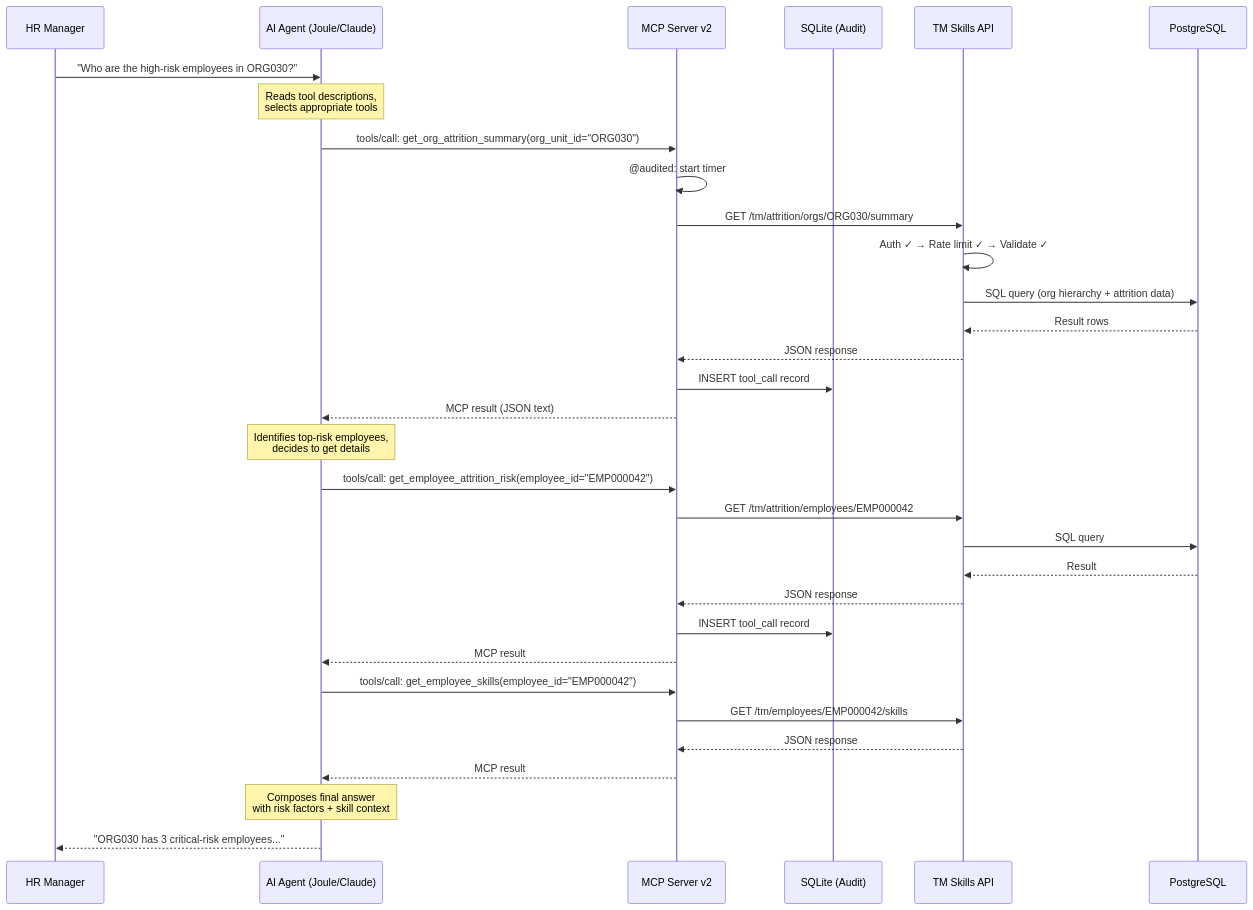
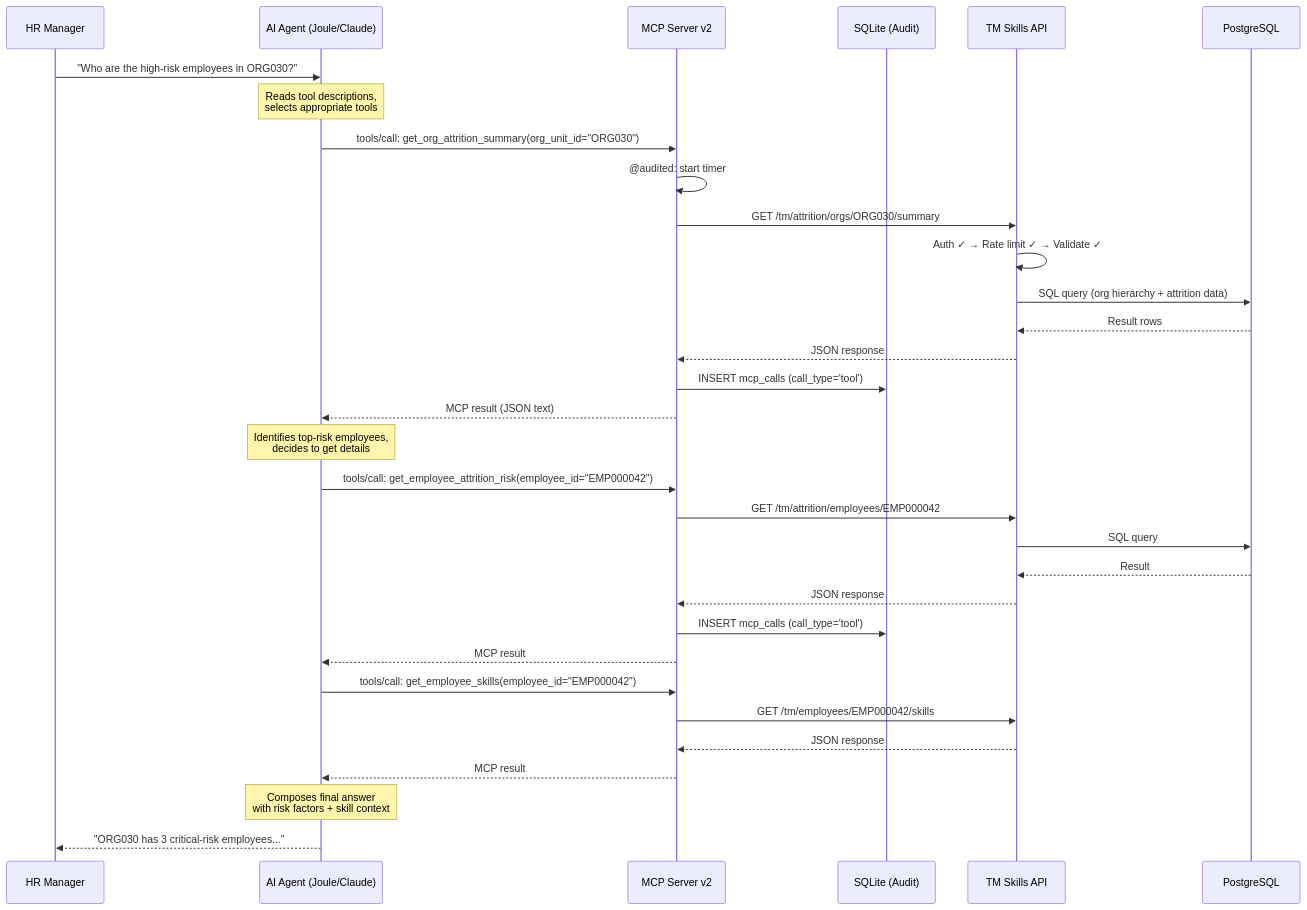
The second of 3 diagrams in docs/ARCHITECTURE.md (pradeepj-prj/tm-mcp-server-v2), drawn with Mermaid before and after one commit. The commit also changed other lines of this file and 2 other files, not shown here.

First line of the commit message:
Update architecture docs for resource/prompt audit logging

````diff
--- a/docs/ARCHITECTURE.md
+++ b/docs/ARCHITECTURE.md
@@ -58,42 +60,42 @@
 ```mermaid
 sequenceDiagram
     participant User as HR Manager
     participant AI as AI Agent (Joule/Claude)
     participant MCP as MCP Server v2
     participant AuditDB as SQLite (Audit)
     participant API as TM Skills API
     participant DB as PostgreSQL
 
     User->>AI: "Who are the high-risk employees in ORG030?"
 
     Note over AI: Reads tool descriptions,<br/>selects appropriate tools
 
     AI->>MCP: tools/call: get_org_attrition_summary(org_unit_id="ORG030")
     MCP->>MCP: @audited: start timer
     MCP->>API: GET /tm/attrition/orgs/ORG030/summary
     API->>API: Auth ✓ → Rate limit ✓ → Validate ✓
     API->>DB: SQL query (org hierarchy + attrition data)
     DB-->>API: Result rows
     API-->>MCP: JSON response
-    MCP->>AuditDB: INSERT tool_call record
+    MCP->>AuditDB: INSERT mcp_calls (call_type='tool')
     MCP-->>AI: MCP result (JSON text)
 
     Note over AI: Identifies top-risk employees,<br/>decides to get details
 
     AI->>MCP: tools/call: get_employee_attrition_risk(employee_id="EMP000042")
     MCP->>API: GET /tm/attrition/employees/EMP000042
     API->>DB: SQL query
     DB-->>API: Result
     API-->>MCP: JSON response
-    MCP->>AuditDB: INSERT tool_call record
+    MCP->>AuditDB: INSERT mcp_calls (call_type='tool')
     MCP-->>AI: MCP result
 
     AI->>MCP: tools/call: get_employee_skills(employee_id="EMP000042")
     MCP->>API: GET /tm/employees/EMP000042/skills
     API-->>MCP: JSON response
     MCP-->>AI: MCP result
 
     Note over AI: Composes final answer<br/>with risk factors + skill context
 
     AI-->>User: "ORG030 has 3 critical-risk employees..."
 ```
````
